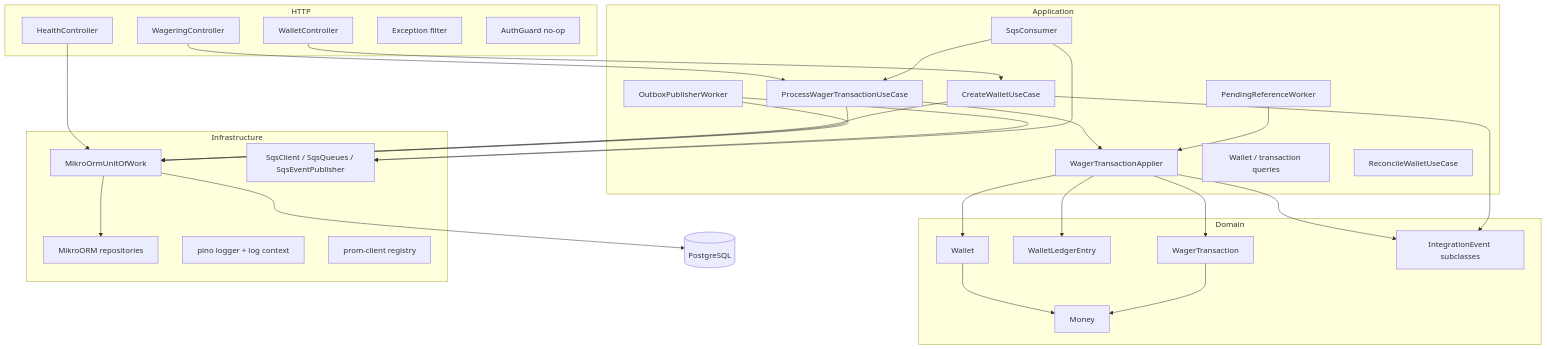
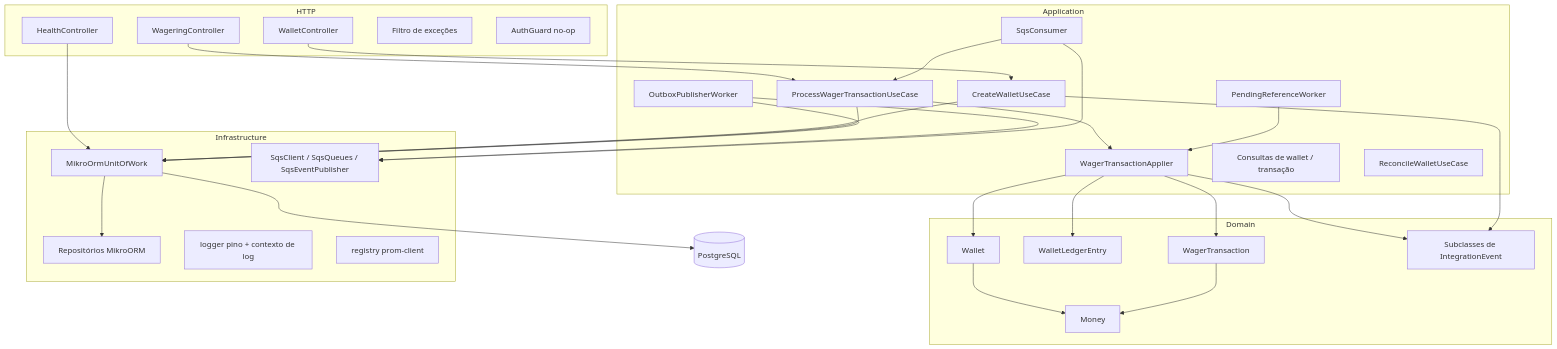
The second of 8 diagrams in ARCHITECTURE.md (rafaeldimas/junglegaming-backend-challenge), drawn with Mermaid before and after one commit. The commit also changed other lines of this file and 1 other file, not shown here.

First line of the commit message:
docs: traduzir README e ARCHITECTURE para português

````diff
--- a/ARCHITECTURE.md
+++ b/ARCHITECTURE.md
@@ -46,58 +46,58 @@
 ```mermaid
 graph TB
     subgraph HTTP
       WC[WalletController]
       WGC[WageringController]
       HC[HealthController]
-      Filter[Exception filter]
+      Filter[Filtro de exceções]
       Guard[AuthGuard no-op]
     end
 
     subgraph Application
       CW[CreateWalletUseCase]
       PWT[ProcessWagerTransactionUseCase]
       Applier[WagerTransactionApplier]
-      Q[Wallet / transaction queries]
+      Q[Consultas de wallet / transação]
       Rec[ReconcileWalletUseCase]
       PR[PendingReferenceWorker]
       OP[OutboxPublisherWorker]
       SC[SqsConsumer]
     end
 
     subgraph Domain
       Wallet[Wallet]
       Ledger[WalletLedgerEntry]
       Wager[WagerTransaction]
       Money[Money]
-      Events[IntegrationEvent subclasses]
+      Events[Subclasses de IntegrationEvent]
     end
 
     subgraph Infrastructure
       UoW[MikroOrmUnitOfWork]
-      Repos[MikroORM repositories]
+      Repos[Repositórios MikroORM]
       SQS[SqsClient / SqsQueues / SqsEventPublisher]
-      Log[pino logger + log context]
-      Metrics[prom-client registry]
+      Log[logger pino + contexto de log]
+      Metrics[registry prom-client]
     end
 
     WC --> CW
     WGC --> PWT
     HC --> UoW
     CW --> UoW
     PWT --> UoW
     PWT --> Applier
     PR --> Applier
     OP --> UoW
     SC --> PWT
     Applier --> Wallet
     Applier --> Ledger
     Applier --> Wager
     Applier --> Events
     CW --> Events
     Wallet --> Money
     Wager --> Money
     UoW --> Repos
     OP --> SQS
     SC --> SQS
     UoW --> DB[(PostgreSQL)]
 ```
````
